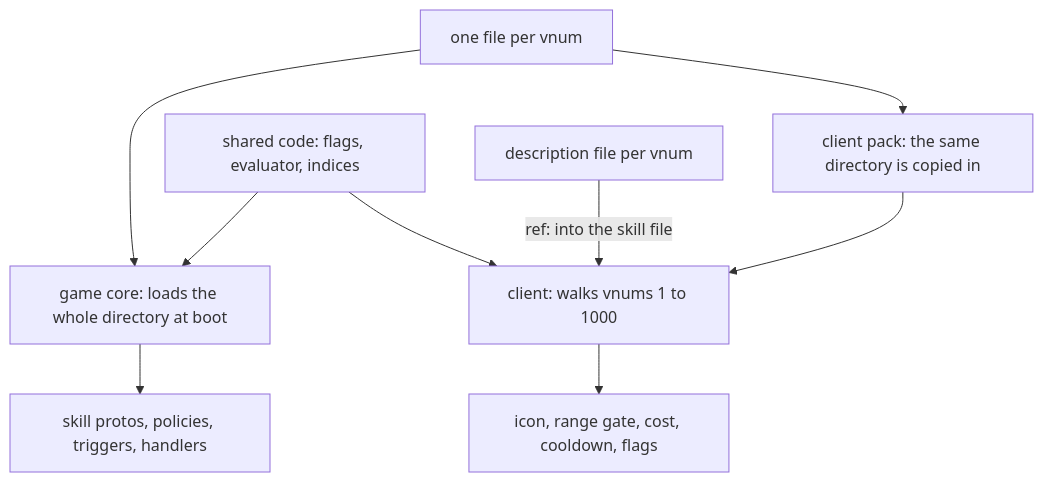
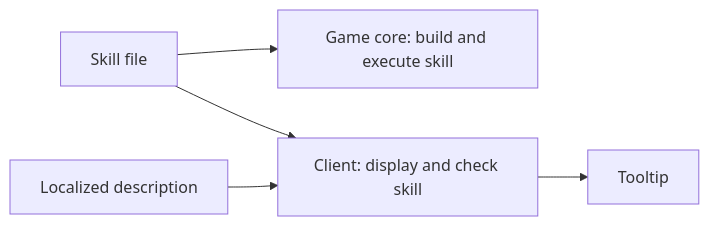
One commit to universal-core/website changed the diagram in foundations/skills/one-file.md. Above: the diagram before and after it, drawn with Mermaid. The commit also changed other lines of this file and 163 other files, not shown here.

````diff
--- a/foundations/skills/one-file.md
+++ b/foundations/skills/one-file.md
@@ -59,11 +20,7 @@
 ```mermaid
-flowchart TD
-    F["one file per vnum"] --> S["game core: loads the whole directory at boot"]
-    F --> P["client pack: the same directory is copied in"]
-    P --> C["client: walks vnums 1 to 1000"]
-    SH["shared code: flags, evaluator, indices"] --> S
-    SH --> C
-    D["description file per vnum"] -->|"ref: into the skill file"| C
-    S --> T["skill protos, policies, triggers, handlers"]
-    C --> U["icon, range gate, cost, cooldown, flags"]
+flowchart LR
+    F["Skill file"] --> S["Game core: build and execute skill"]
+    F --> C["Client: display and check skill"]
+    L["Localized description"] --> C
+    C --> T["Tooltip"]
 ```
````
